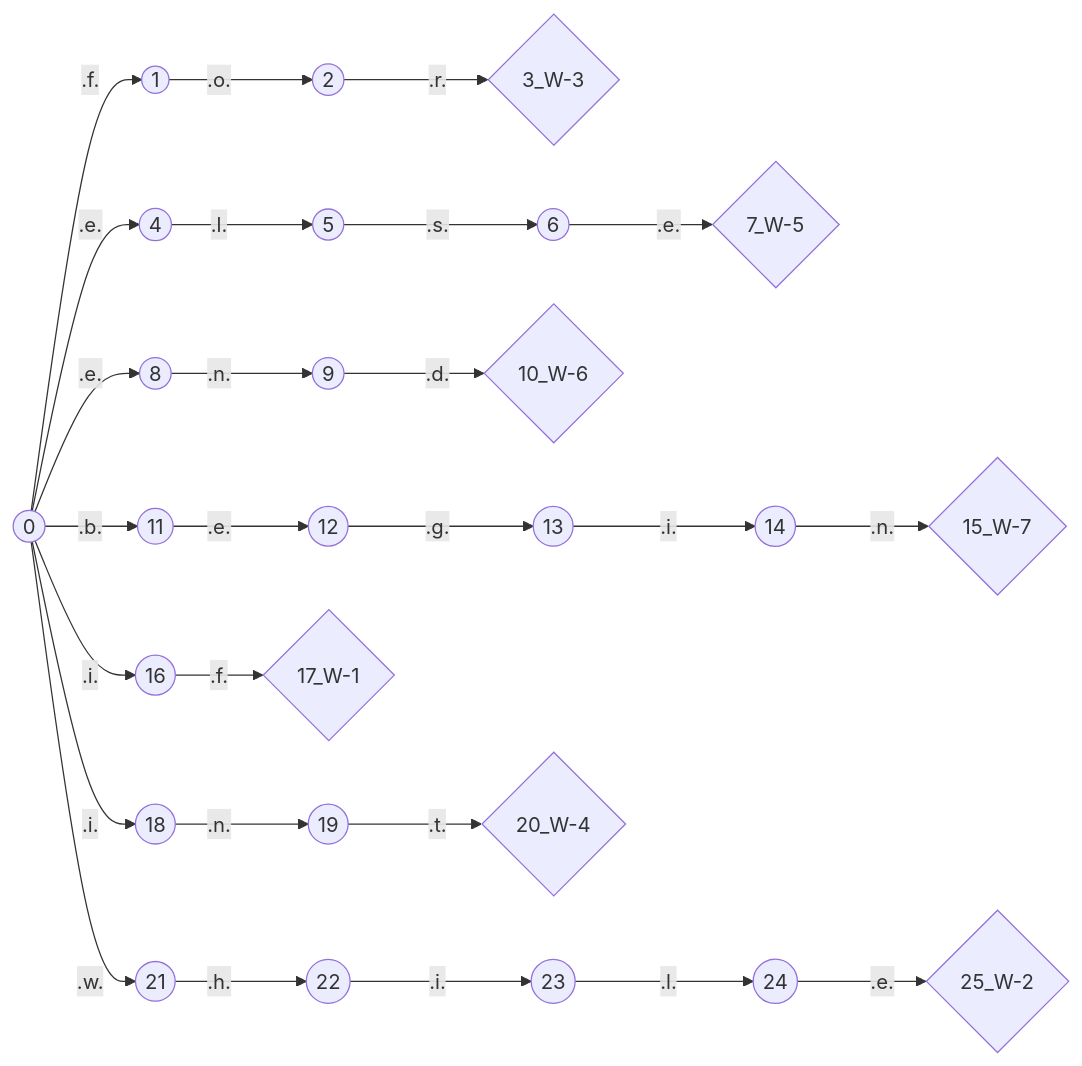
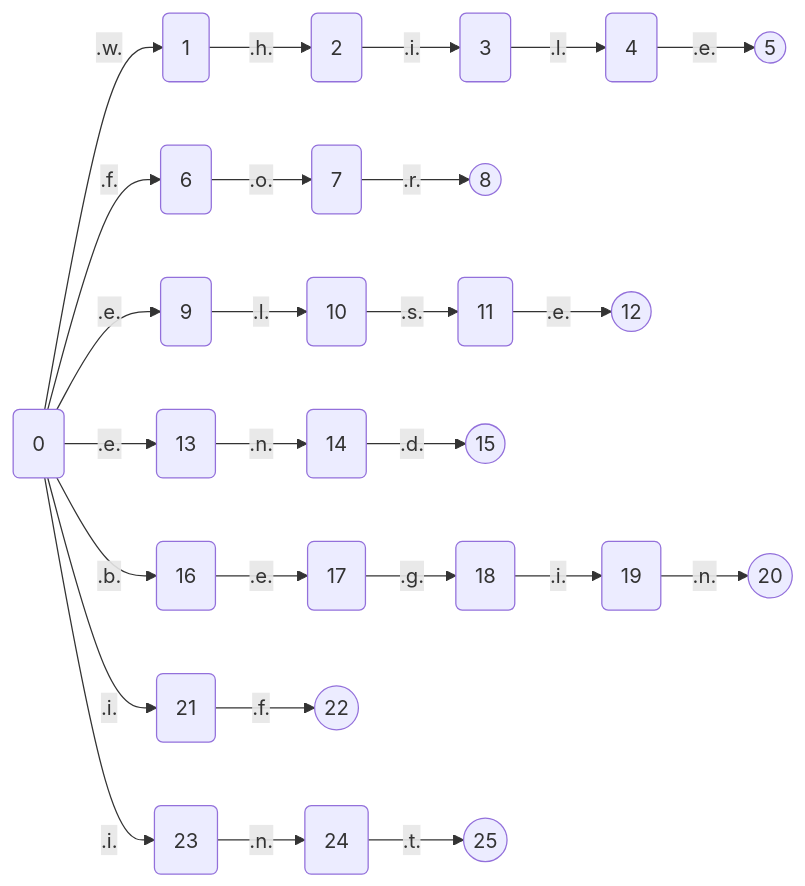
One commit to Lxy417165709/translater changed the diagram in doc/gen/LexicalInformation/stateMachine/W 状态机.md. Above: the diagram before and after it, drawn with Mermaid. The commit also changed 26 other files, not shown here.

````diff
--- a/doc/gen/LexicalInformation/stateMachine/W 状态机.md
+++ b/doc/gen/LexicalInformation/stateMachine/W 状态机.md
@@ -1,28 +1,28 @@
 ```mermaid
 graph LR
-id:2((2)) -- .r. --> id:3{3_W-3}
-id:1((1)) -- .o. --> id:2((2))
-id:0((0)) -- .f. --> id:1((1))
-id:6((6)) -- .e. --> id:7{7_W-5}
-id:5((5)) -- .s. --> id:6((6))
-id:4((4)) -- .l. --> id:5((5))
-id:0((0)) -- .e. --> id:4((4))
-id:9((9)) -- .d. --> id:10{10_W-6}
-id:8((8)) -- .n. --> id:9((9))
-id:0((0)) -- .e. --> id:8((8))
-id:14((14)) -- .n. --> id:15{15_W-7}
-id:13((13)) -- .i. --> id:14((14))
-id:12((12)) -- .g. --> id:13((13))
-id:11((11)) -- .e. --> id:12((12))
-id:0((0)) -- .b. --> id:11((11))
-id:16((16)) -- .f. --> id:17{17_W-1}
-id:0((0)) -- .i. --> id:16((16))
-id:19((19)) -- .t. --> id:20{20_W-4}
-id:18((18)) -- .n. --> id:19((19))
-id:0((0)) -- .i. --> id:18((18))
-id:24((24)) -- .e. --> id:25{25_W-2}
-id:23((23)) -- .l. --> id:24((24))
-id:22((22)) -- .i. --> id:23((23))
-id:21((21)) -- .h. --> id:22((22))
-id:0((0)) -- .w. --> id:21((21))
+id:4(4) -- .e. --> id:5((5))
+id:3(3) -- .l. --> id:4(4)
+id:2(2) -- .i. --> id:3(3)
+id:1(1) -- .h. --> id:2(2)
+id:0(0) -- .w. --> id:1(1)
+id:7(7) -- .r. --> id:8((8))
+id:6(6) -- .o. --> id:7(7)
+id:0(0) -- .f. --> id:6(6)
+id:11(11) -- .e. --> id:12((12))
+id:10(10) -- .s. --> id:11(11)
+id:9(9) -- .l. --> id:10(10)
+id:0(0) -- .e. --> id:9(9)
+id:14(14) -- .d. --> id:15((15))
+id:13(13) -- .n. --> id:14(14)
+id:0(0) -- .e. --> id:13(13)
+id:19(19) -- .n. --> id:20((20))
+id:18(18) -- .i. --> id:19(19)
+id:17(17) -- .g. --> id:18(18)
+id:16(16) -- .e. --> id:17(17)
+id:0(0) -- .b. --> id:16(16)
+id:21(21) -- .f. --> id:22((22))
+id:0(0) -- .i. --> id:21(21)
+id:24(24) -- .t. --> id:25((25))
+id:23(23) -- .n. --> id:24(24)
+id:0(0) -- .i. --> id:23(23)
 ```
````
